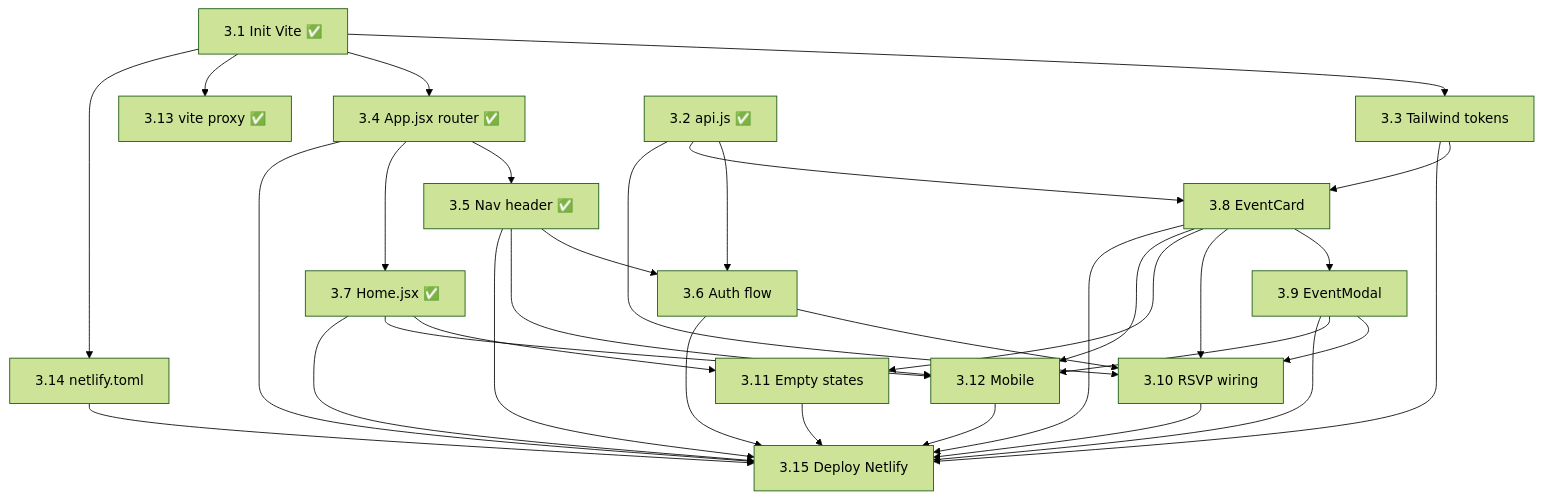
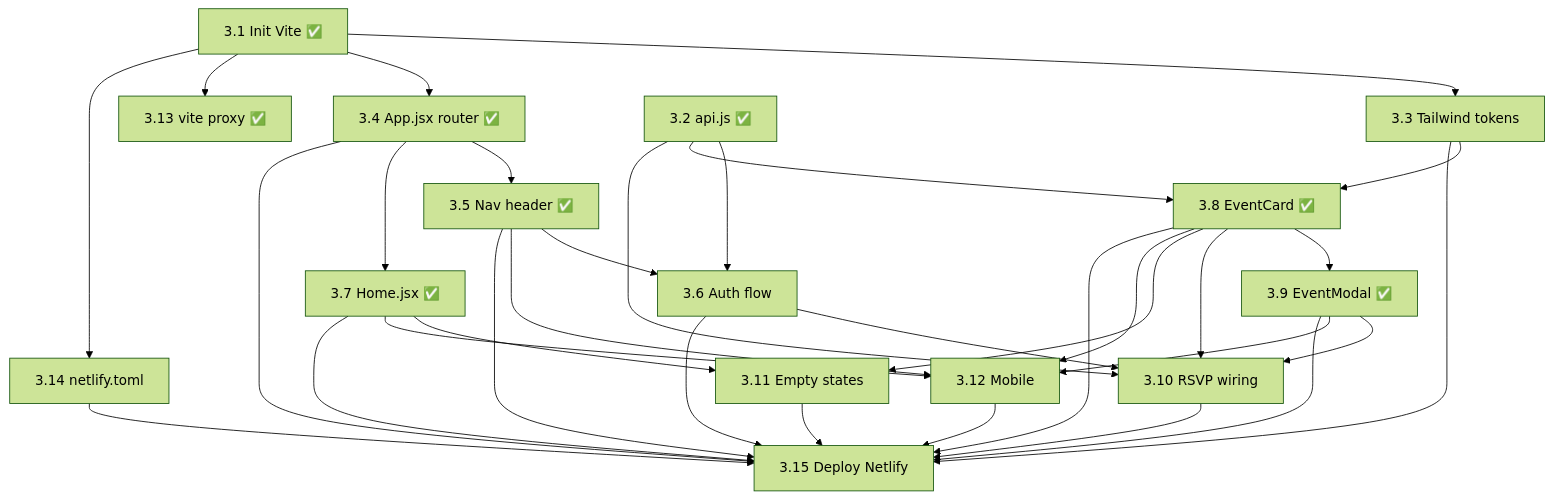
Before and after one commit to matthewpaolosbilo/claude-impact-lab-melbourne-team-5: the diagram in docs/dev3-dependencies.md, drawn with Mermaid (forest theme). The commit also changed other lines of this file and 2 other files, not shown here.

````diff
--- a/docs/dev3-dependencies.md
+++ b/docs/dev3-dependencies.md
@@ -35,35 +35,35 @@
 ```mermaid
 graph TD
     3.1[3.1 Init Vite ✅] --> 3.3[3.3 Tailwind tokens]
     3.1 --> 3.4[3.4 App.jsx router ✅]
     3.1 --> 3.13[3.13 vite proxy ✅]
     3.1 --> 3.14[3.14 netlify.toml]
     3.2[3.2 api.js ✅] --> 3.6[3.6 Auth flow]
-    3.3 --> 3.8[3.8 EventCard]
+    3.3 --> 3.8[3.8 EventCard ✅]
     3.4 --> 3.5[3.5 Nav header ✅]
     3.4 --> 3.7[3.7 Home.jsx ✅]
     3.5 --> 3.6
     3.5 --> 3.12[3.12 Mobile]
     3.2 --> 3.8
-    3.8 --> 3.9[3.9 EventModal]
+    3.8 --> 3.9[3.9 EventModal ✅]
     3.2 --> 3.10[3.10 RSVP wiring]
     3.6 --> 3.10
     3.8 --> 3.10
     3.9 --> 3.10
     3.7 --> 3.11[3.11 Empty states]
     3.8 --> 3.11
     3.7 --> 3.12
     3.8 --> 3.12
     3.9 --> 3.12
     3.3 --> 3.15[3.15 Deploy Netlify]
     3.4 --> 3.15
     3.5 --> 3.15
     3.6 --> 3.15
     3.7 --> 3.15
     3.8 --> 3.15
     3.9 --> 3.15
     3.10 --> 3.15
     3.11 --> 3.15
     3.12 --> 3.15
     3.14 --> 3.15
 ```
````
